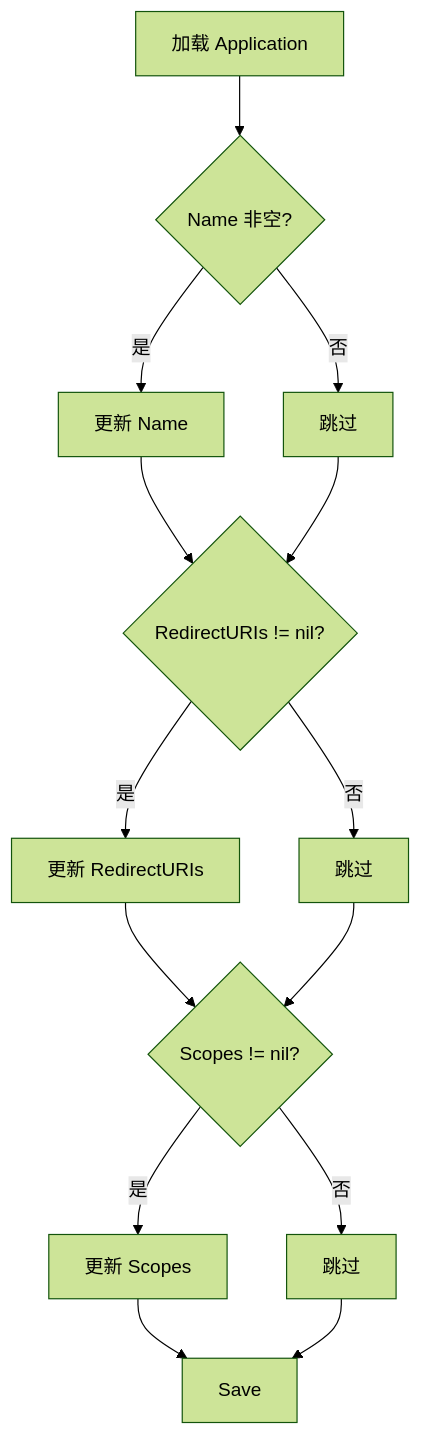
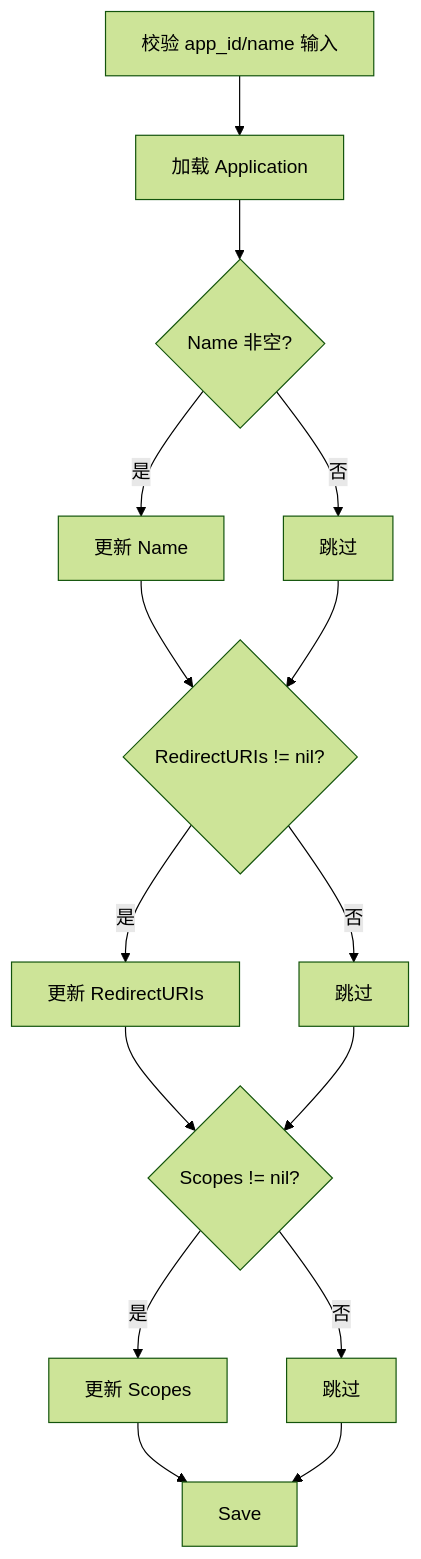
Before and after one commit to hero-elio/openiam: the fourth of 4 diagrams in docs/design/10-tenant-context.md, drawn with Mermaid (forest theme). The commit also changed other lines of this file and 10 other files, not shown here.

````diff
--- a/docs/design/10-tenant-context.md
+++ b/docs/design/10-tenant-context.md
@@ -97,16 +104,17 @@
 ```mermaid
 flowchart TD
-  A[加载 Application] --> B{Name 非空?}
-  B -- 是 --> C[更新 Name]
-  B -- 否 --> D[跳过]
-  C --> E{RedirectURIs != nil?}
-  D --> E
-  E -- 是 --> F[更新 RedirectURIs]
-  E -- 否 --> G[跳过]
-  F --> H{Scopes != nil?}
-  G --> H
-  H -- 是 --> I[更新 Scopes]
-  H -- 否 --> J[跳过]
-  I --> K[Save]
-  J --> K
+  A[校验 app_id/name 输入] --> B[加载 Application]
+  B --> C{Name 非空?}
+  C -- 是 --> D[更新 Name]
+  C -- 否 --> E[跳过]
+  D --> F{RedirectURIs != nil?}
+  E --> F
+  F -- 是 --> G[更新 RedirectURIs]
+  F -- 否 --> H[跳过]
+  G --> I{Scopes != nil?}
+  H --> I
+  I -- 是 --> J[更新 Scopes]
+  I -- 否 --> K[跳过]
+  J --> L[Save]
+  K --> L
 ```
````
